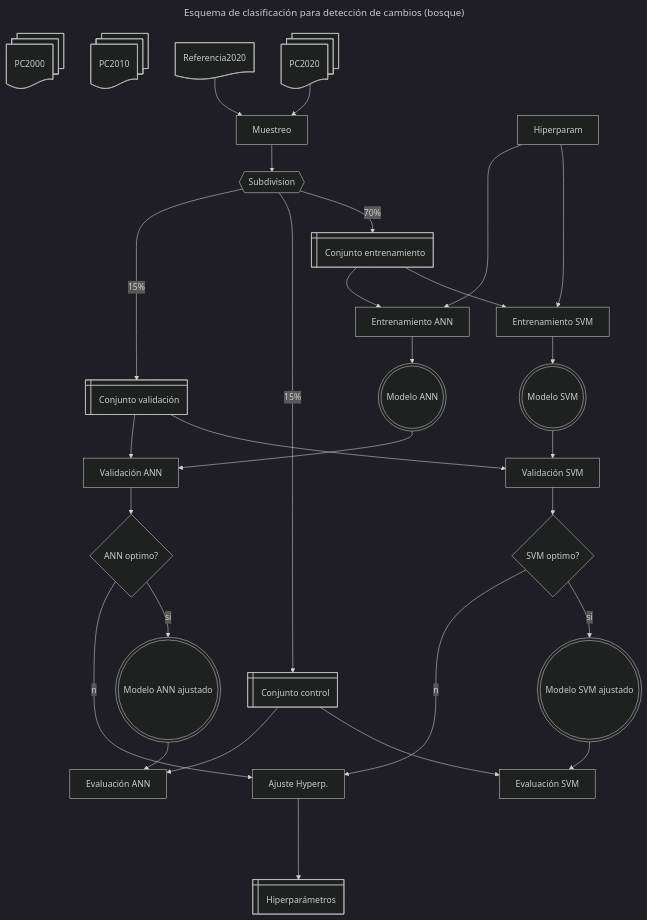
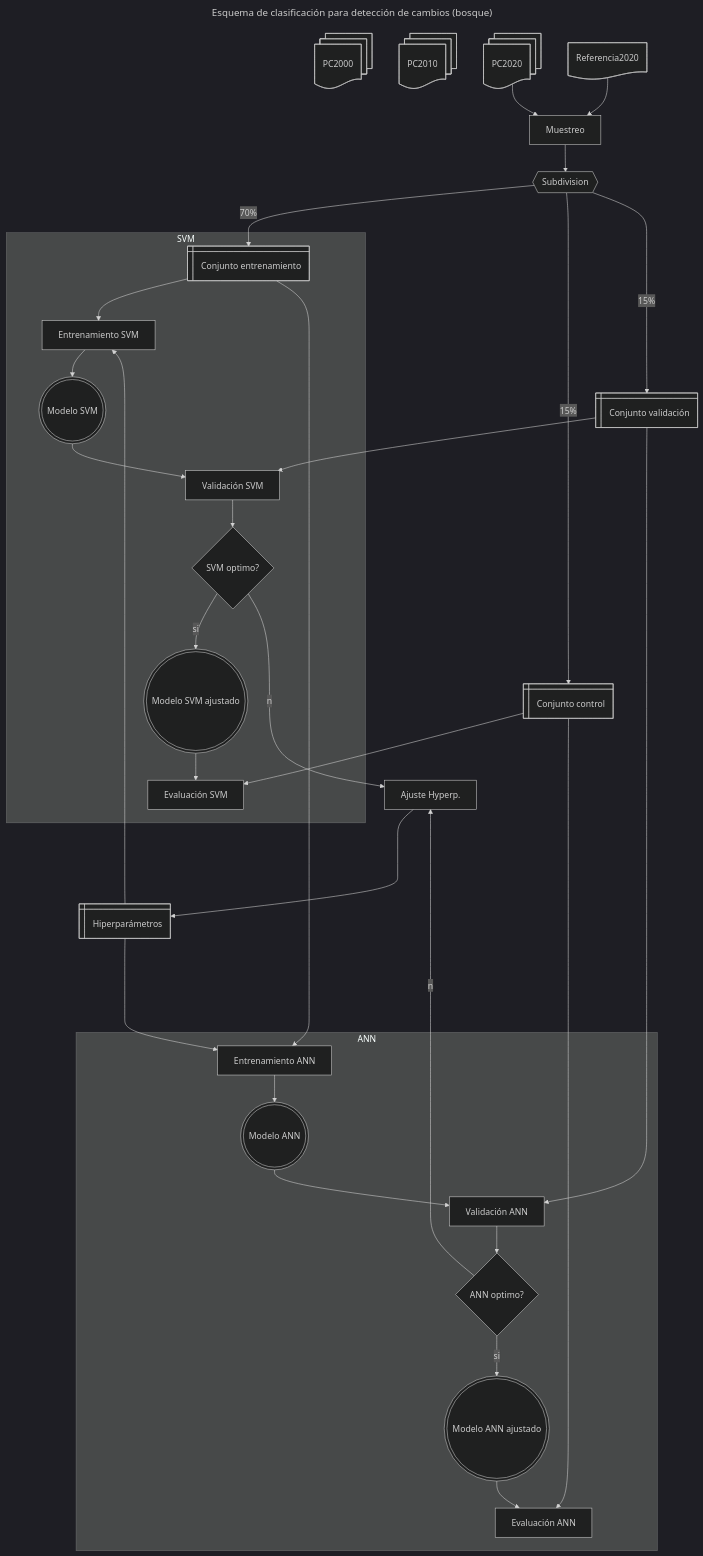
Before and after one commit to vshalisko/GEE: the diagram in ANPs/Esquema_clasificacion.mermaid, drawn with Mermaid (dark theme).

```diff
--- a/ANPs/Esquema_clasificacion.mermaid
+++ b/ANPs/Esquema_clasificacion.mermaid
@@ -1,57 +1,75 @@
 ---
 title: Esquema de clasificación para detección de cambios (bosque)
 ---
 flowchart TD
     PC2000@{ shape: docs, label: PC2000}
     PC2010@{ shape: docs, label: PC2010}
     PC2020@{ shape: docs, label: PC2020}
     Ref2020@{ shape: doc, label: Referencia2020}
     Muestreo@{ shape: proc, label: Muestreo}
     Subset@{ shape: hex, label: Subdivision}
     Train2020@{ shape: win-pane, label: Conjunto entrenamiento}
     Test2020@{ shape: win-pane, label: Conjunto control}
     Valid2020@{ shape: win-pane, label: Conjunto validación}
 
     Hyperparam@{ shape: win-pane, label: Hiperparámetros}
     TrainSVM@{ shape: proc, label: Entrenamiento SVM}
     TrainANN@{ shape: proc, label: Entrenamiento ANN}
     ModeloSVM@{ shape: double-circle, label: Modelo SVM}
     ModeloANN@{ shape: double-circle, label: Modelo ANN}
     ModeloSVMok@{ shape: double-circle, label: Modelo SVM ajustado}
     ModeloANNok@{ shape: double-circle, label: Modelo ANN ajustado}
     ValidSVM@{ shape: proc, label: Validación SVM}
     ValidANN@{ shape: proc, label: Validación ANN}
     OptimSVM@{ shape: diam, label: SVM optimo?}
     OptimANN@{ shape: diam, label: ANN optimo?}
     ControlSVM@{ shape: proc, label: Evaluación SVM}
     ControlANN@{ shape: proc, label: Evaluación ANN}
     AjusteHyp@{ shape: proc, label: Ajuste Hyperp.}
 
     PC2020 --> Muestreo
     Ref2020 --> Muestreo
     Muestreo --> Subset
     Subset --70%--> Train2020
     Subset --15%--> Test2020
     Subset --15%--> Valid2020
 
-    Hiperparam ----> TrainSVM
-    Hiperparam ----> TrainANN
-    Train2020 --> TrainSVM
-    Train2020 --> TrainANN
-    TrainSVM --> ModeloSVM
-    TrainANN --> ModeloANN
-    ModeloSVM --> ValidSVM
-    ModeloANN --> ValidANN
+    Hyperparam ----> TrainSVM
+    Hyperparam ----> TrainANN
+
+    subgraph SVM
+        Train2020 --> TrainSVM
+        TrainSVM --> ModeloSVM
+        ModeloSVM --> ValidSVM
+        ValidSVM --> OptimSVM
+        OptimSVM --si--> ModeloSVMok
+        ModeloSVMok --> ControlSVM
+    end
+
+    subgraph ANN
+        Train2020 --> TrainANN
+        TrainANN --> ModeloANN
+        ModeloANN --> ValidANN
+        ValidANN --> OptimANN
+        OptimANN --si--> ModeloANNok
+        ModeloANNok --> ControlANN
+    end
+
+    
+    
+    
+    
+    
     Valid2020 --> ValidSVM
     Valid2020 --> ValidANN
-    ValidSVM --> OptimSVM
-    ValidANN --> OptimANN
-    OptimSVM --si--> ModeloSVMok
-    OptimANN --si--> ModeloANNok
+    
+    
+    
+    
     OptimSVM --no--> AjusteHyp
     OptimANN --no--> AjusteHyp
     AjusteHyp ----> Hyperparam
-    ModeloSVMok --> ControlSVM
-    ModeloANNok --> ControlANN
+    
+    
     Test2020 --> ControlSVM
     Test2020 --> ControlANN
```
